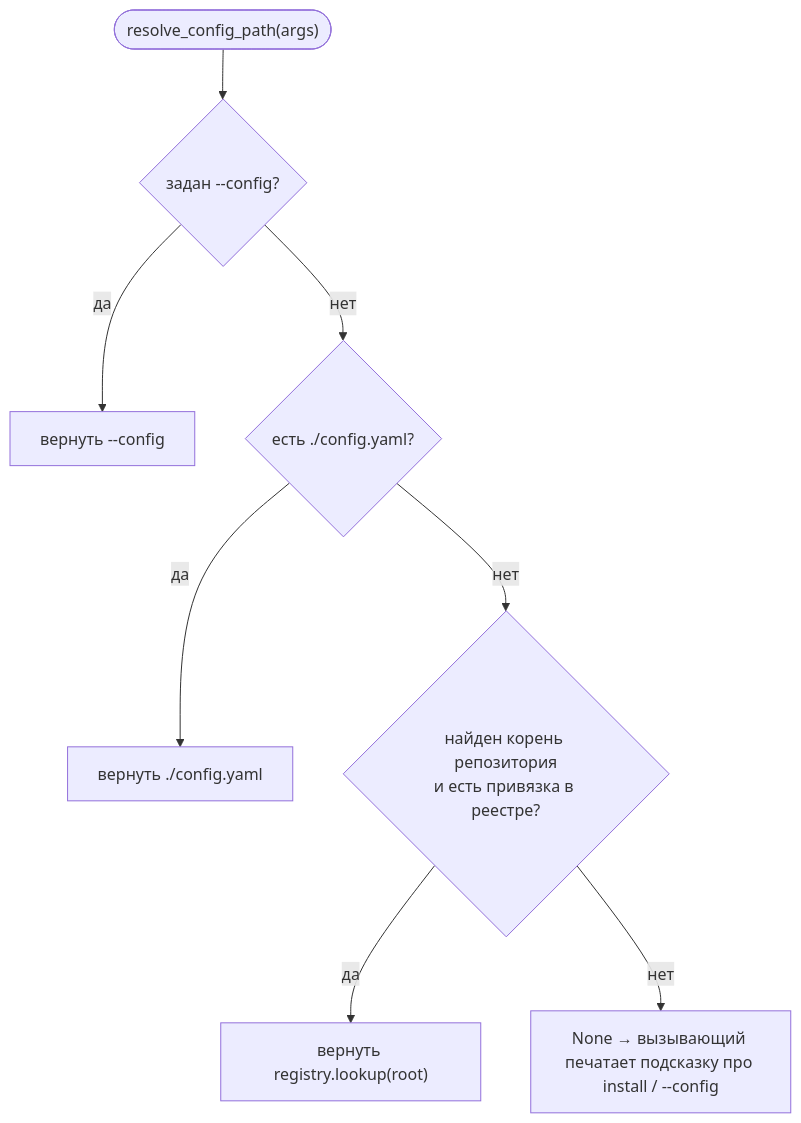
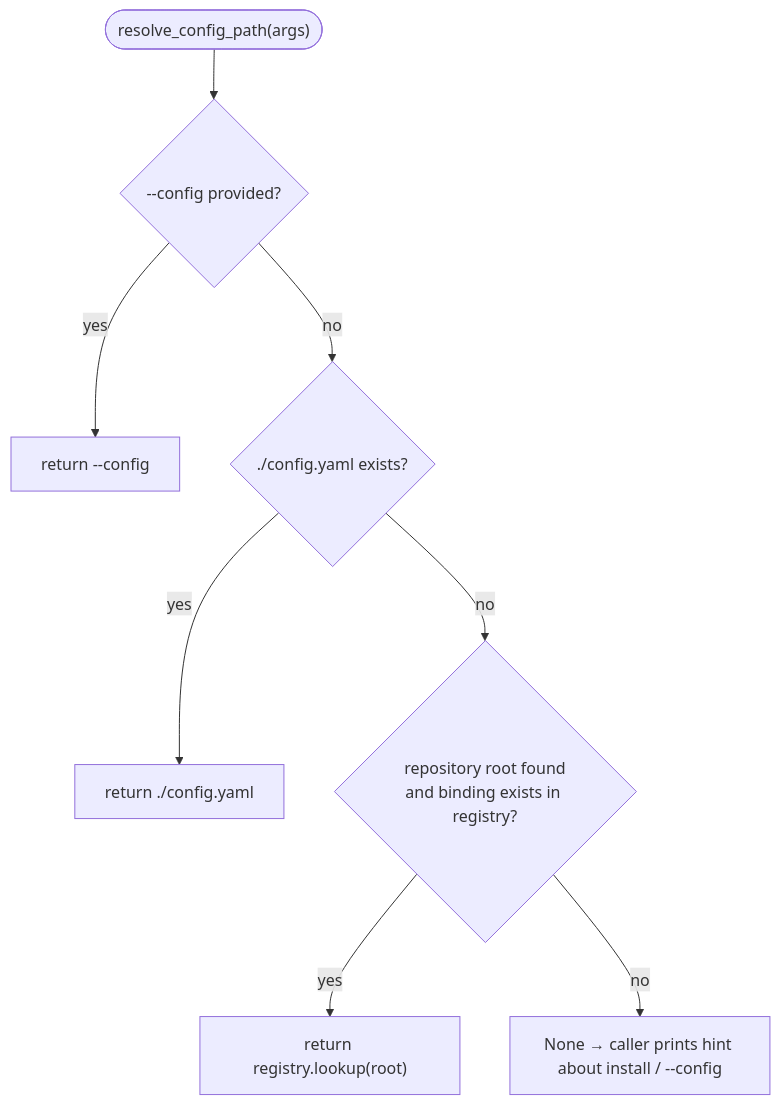
The diagram in docs/functional/blocks/B04-install-registry-and-config-discovery.md (VladimirMakarevich/wastech-orchestrator), drawn with Mermaid before and after one commit. The commit also changed other lines of this file and 41 other files, not shown here.

Commit message:
docs: translate system flows documentation from Russian to English, ensuring clarity and consistency in terminology. Update sequence diagrams and flowcharts to reflect the changes in language. Maintain the structure and references to blocks for ease of navigation.

````diff
--- a/docs/functional/blocks/B04-install-registry-and-config-discovery.md
+++ b/docs/functional/blocks/B04-install-registry-and-config-discovery.md
@@ -42,10 +42,10 @@
 ```mermaid
 flowchart TB
-    start(["resolve_config_path(args)"]) --> c1{"задан --config?"}
-    c1 -->|да| r1["вернуть --config"]
-    c1 -->|нет| c2{"есть ./config.yaml?"}
-    c2 -->|да| r2["вернуть ./config.yaml"]
-    c2 -->|нет| c3{"найден корень репозитория<br/>и есть привязка в реестре?"}
-    c3 -->|да| r3["вернуть registry.lookup(root)"]
-    c3 -->|нет| r4["None → вызывающий печатает подсказку про install / --config"]
+    start(["resolve_config_path(args)"]) --> c1{"--config provided?"}
+    c1 -->|yes| r1["return --config"]
+    c1 -->|no| c2{"./config.yaml exists?"}
+    c2 -->|yes| r2["return ./config.yaml"]
+    c2 -->|no| c3{"repository root found<br/>and binding exists in registry?"}
+    c3 -->|yes| r3["return registry.lookup(root)"]
+    c3 -->|no| r4["None → caller prints hint about install / --config"]
 ```
````
